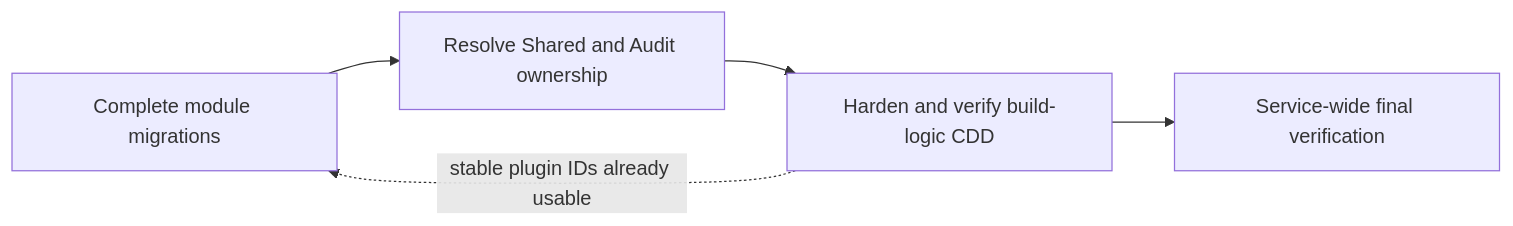
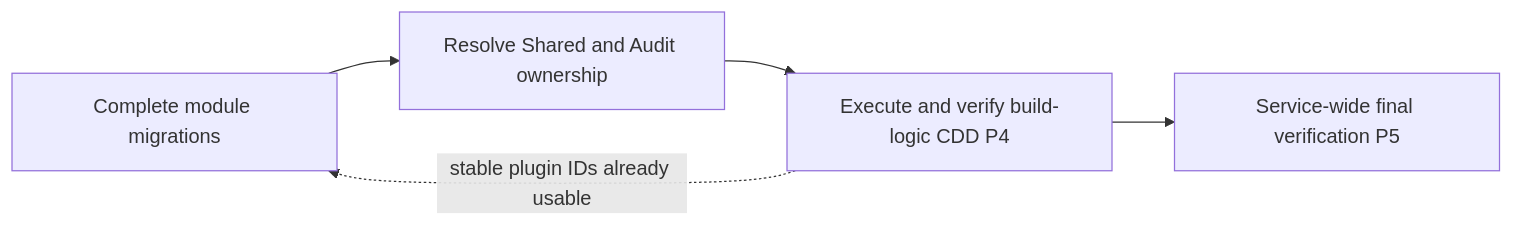
The second of 2 diagrams in docs/architecture/00-project/build-logic.md (migangdelzar/emme-service), drawn with Mermaid before and after one commit. The commit also changed other lines of this file and 7 other files, not shown here.

````diff
--- a/docs/architecture/00-project/build-logic.md
+++ b/docs/architecture/00-project/build-logic.md
@@ -275,7 +276,7 @@
 ```mermaid
 flowchart LR
     MODULES[Complete module migrations] --> OWNERSHIP[Resolve Shared and Audit ownership]
-    OWNERSHIP --> BUILDLOGIC[Harden and verify build-logic CDD]
-    BUILDLOGIC --> FINAL[Service-wide final verification]
+    OWNERSHIP --> BUILDLOGIC[Execute and verify build-logic CDD P4]
+    BUILDLOGIC --> FINAL[Service-wide final verification P5]
     BUILDLOGIC -. stable plugin IDs already usable .-> MODULES
 ```
````
